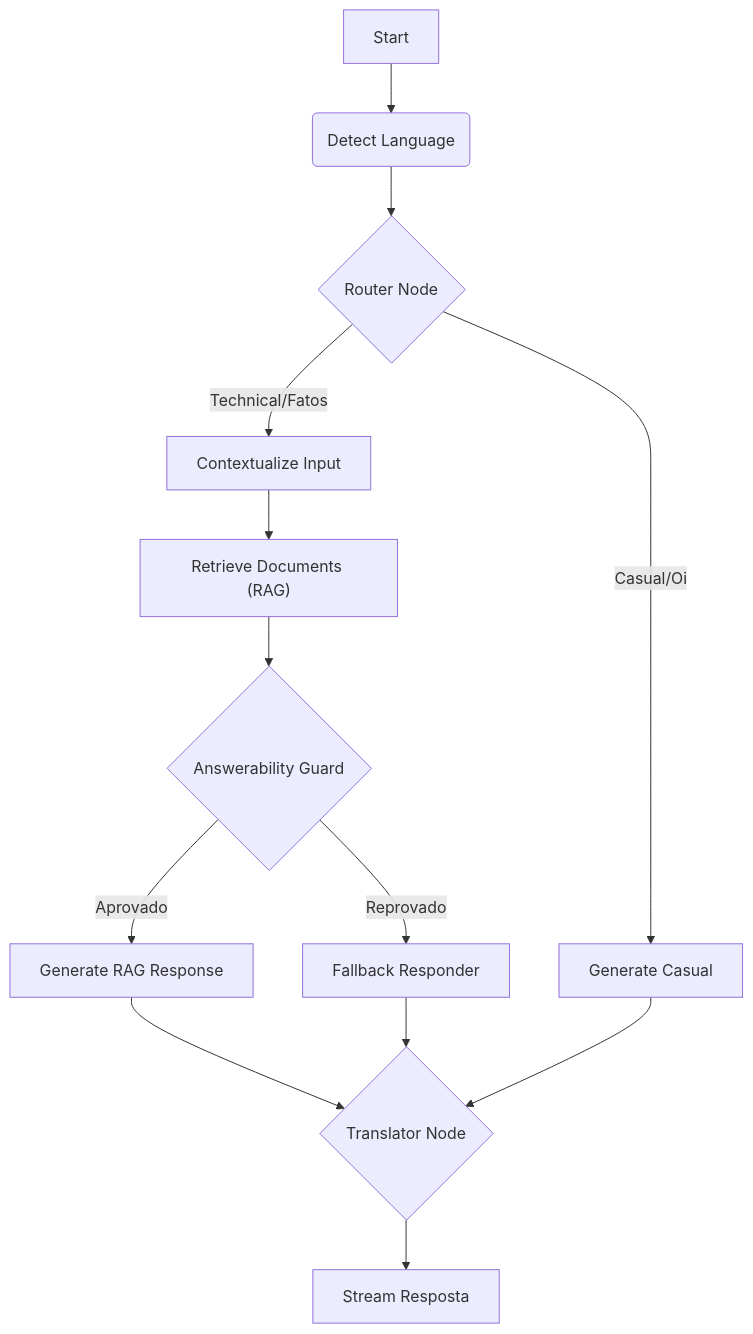
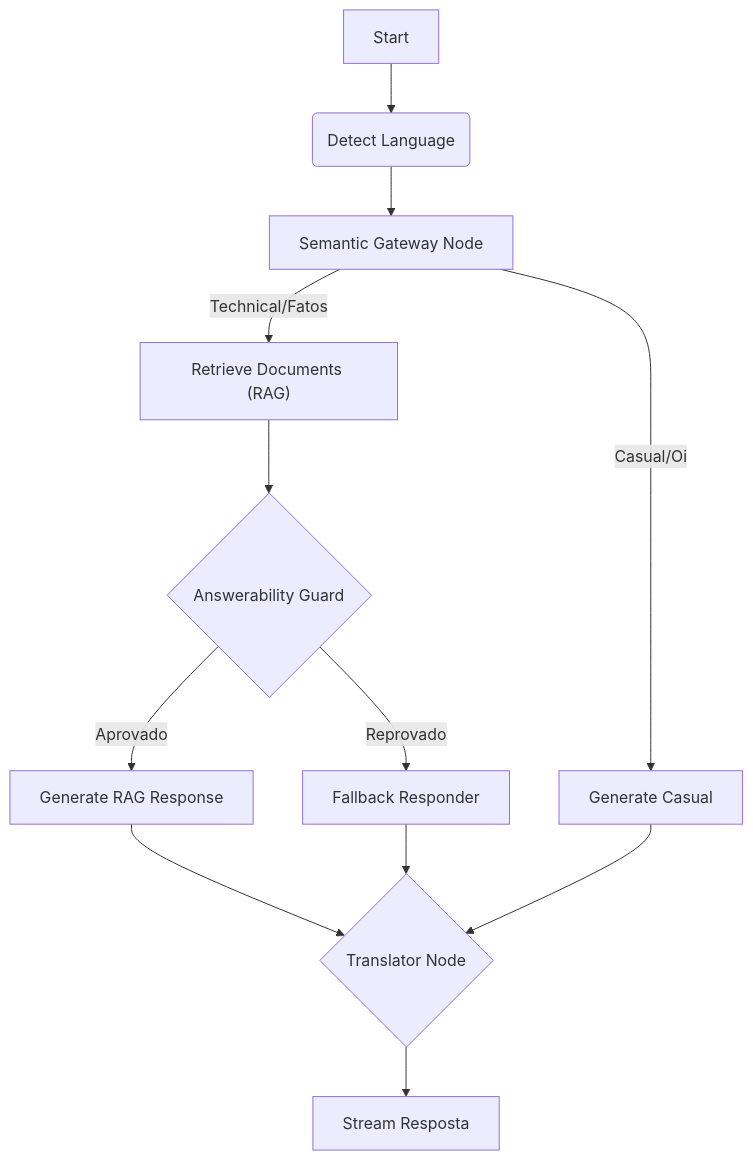
One commit to Marocosz/noiseportfolio changed the diagram in README.md. Above: the diagram before and after it, drawn with Mermaid. The commit also changed other lines of this file and 1 other file, not shown here.

````diff
--- a/README.md
+++ b/README.md
@@ -105,20 +102,19 @@
 ```mermaid
 graph TD
     A[Start] --> B(Detect Language)
-    B --> C{Router Node}
+    B --> C[Semantic Gateway Node]
 
-    C -->|Technical/Fatos| D[Contextualize Input]
+    C -->|Technical/Fatos| D["Retrieve Documents (RAG)"]
     C -->|Casual/Oi| E[Generate Casual]
 
-    D --> F["Retrieve Documents (RAG)"]
-    F --> G{Answerability Guard}
+    D --> F{Answerability Guard}
 
-    G -->|Aprovado| H["Generate RAG Response"]
-    G -->|Reprovado| I["Fallback Responder"]
+    F -->|Aprovado| G["Generate RAG Response"]
+    F -->|Reprovado| H["Fallback Responder"]
 
-    H --> J{Translator Node}
-    I --> J
-    E --> J
+    G --> I{Translator Node}
+    H --> I
+    E --> I
 
-    J --> K[Stream Resposta]
+    I --> J[Stream Resposta]
 ```
````
